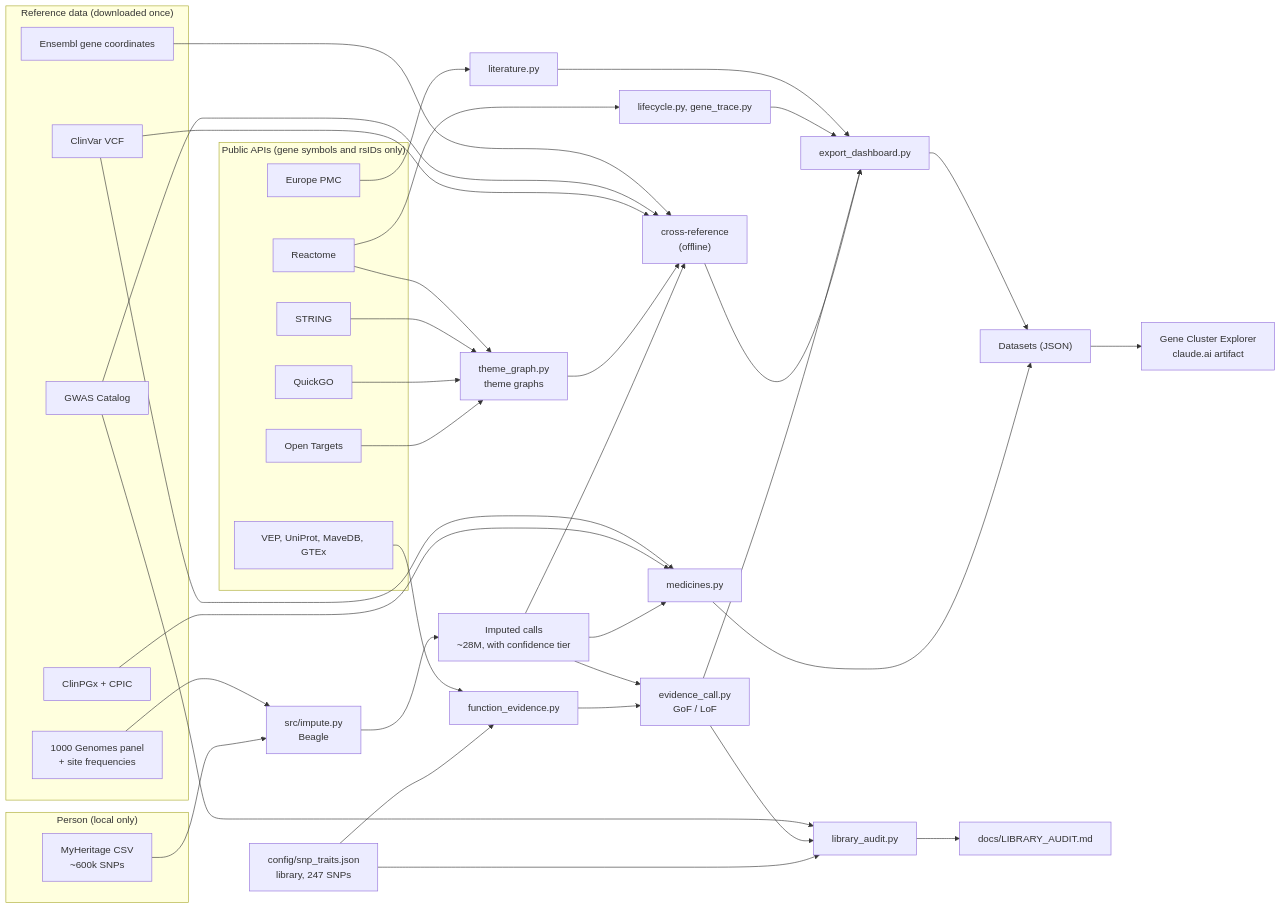
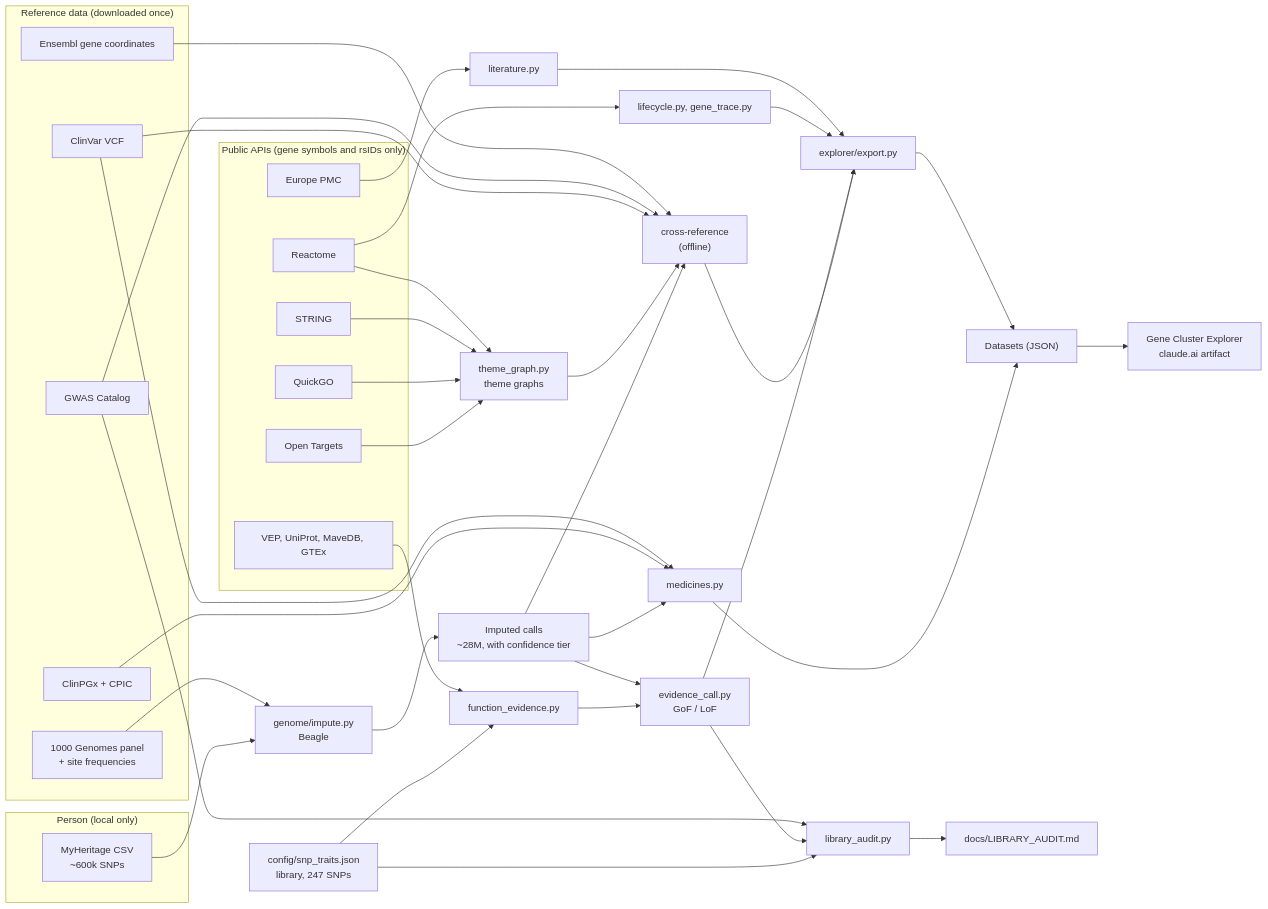
The first of 3 diagrams in docs/architecture/README.md (Lyceriuss/DNA-Analyzer), drawn with Mermaid before and after one commit. The commit also changed other lines of this file and 109 other files, not shown here.

First line of the commit message:
Refactor: feature packages, a shared genome package, localhost and agent explorer

````diff
--- a/docs/architecture/README.md
+++ b/docs/architecture/README.md
@@ -19,49 +20,49 @@
 ```mermaid
 flowchart LR
     subgraph IN["Person (local only)"]
         CSV["MyHeritage CSV<br/>~600k SNPs"]
     end
     subgraph REF["Reference data (downloaded once)"]
         KG["1000 Genomes panel<br/>+ site frequencies"]
         CV["ClinVar VCF"]
         GW["GWAS Catalog"]
         PGX["ClinPGx + CPIC"]
         GTF["Ensembl gene coordinates"]
     end
     subgraph API["Public APIs (gene symbols and rsIDs only)"]
         OT["Open Targets"]
         GO["QuickGO"]
         ST["STRING"]
         RX["Reactome"]
         EV["VEP, UniProt, MaveDB, GTEx"]
         LIT["Europe PMC"]
     end
     LIB["config/snp_traits.json<br/>library, 247 SNPs"]
 
-    CSV --> IMP["src/impute.py<br/>Beagle"]
+    CSV --> IMP["genome/impute.py<br/>Beagle"]
     KG --> IMP
     IMP --> CALLS["Imputed calls<br/>~28M, with confidence tier"]
 
     OT & GO & ST & RX --> TG["theme_graph.py<br/>theme graphs"]
     LIB --> FE["function_evidence.py"]
     EV --> FE
     FE --> EC["evidence_call.py<br/>GoF / LoF"]
     RX --> LC["lifecycle.py, gene_trace.py"]
     LIT --> LITPY["literature.py"]
 
     CALLS --> XR["cross-reference<br/>(offline)"]
     TG --> XR
     CV & GW & GTF --> XR
     CALLS --> MED["medicines.py"]
     PGX & CV --> MED
     CALLS --> EC
 
-    XR & EC & LC & LITPY --> EXP["export_dashboard.py"]
+    XR & EC & LC & LITPY --> EXP["explorer/export.py"]
     MED --> DS
     EXP --> DS["Datasets (JSON)"]
     DS --> UI["Gene Cluster Explorer<br/>claude.ai artifact"]
     LIB --> AUD["library_audit.py"]
     EC --> AUD
     GW --> AUD
     AUD --> DOC["docs/LIBRARY_AUDIT.md"]
 ```
````
